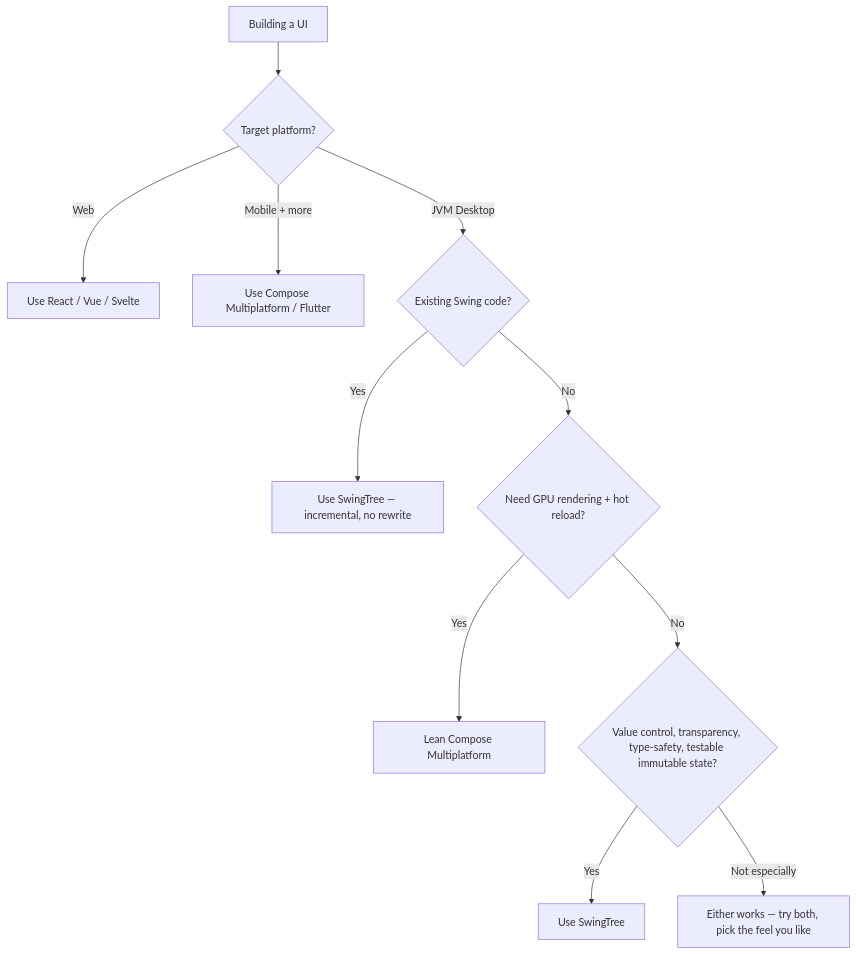
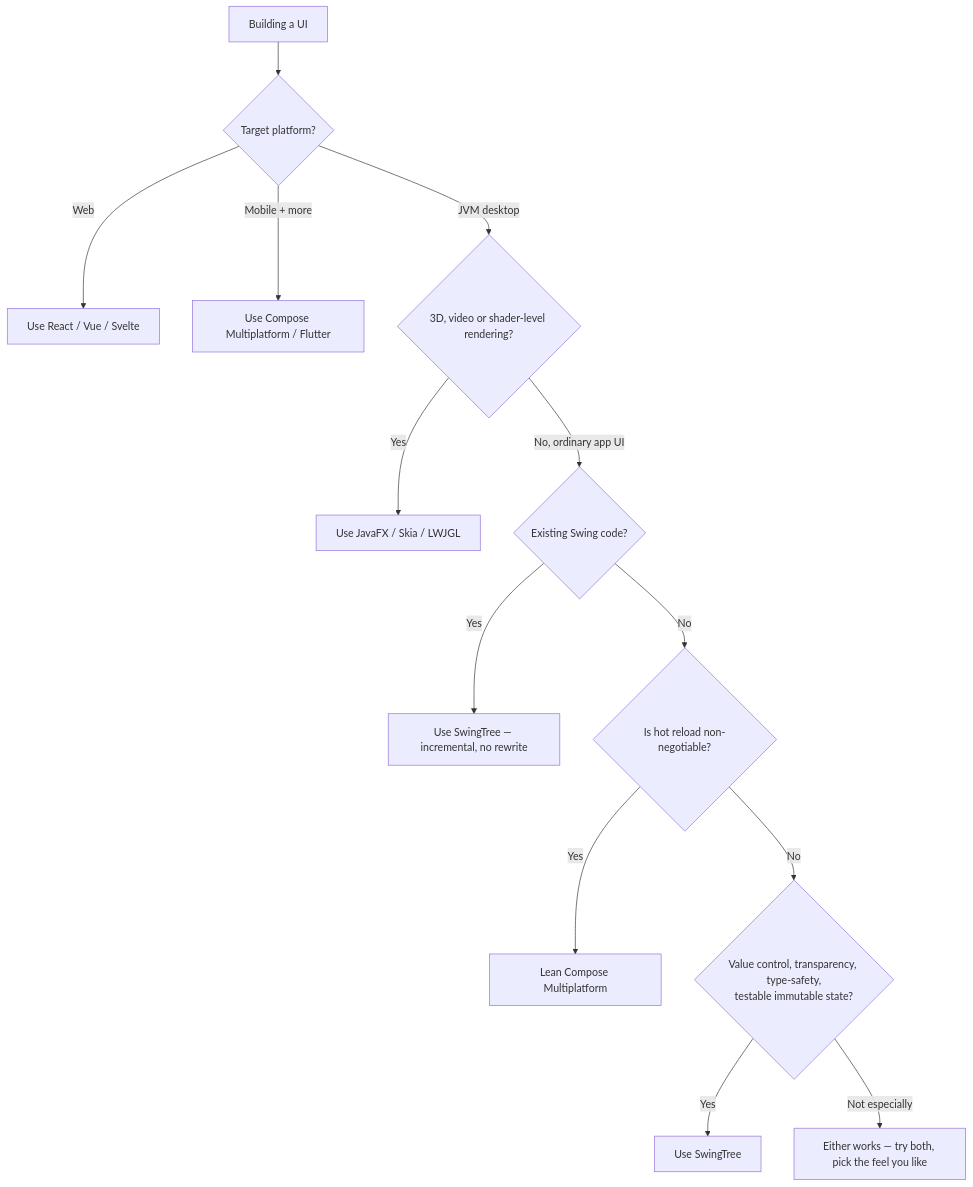
One commit to globaltcad/swing-tree changed the diagram in docs/markdown/Should-I-Use-SwingTree.md. Above: the diagram before and after it, drawn with Mermaid. The commit also changed other lines of this file and 23 other files, not shown here.

````diff
--- a/docs/markdown/Should-I-Use-SwingTree.md
+++ b/docs/markdown/Should-I-Use-SwingTree.md
@@ -218,13 +280,15 @@
 ```mermaid
 graph TD
-    A[Building a UI] --> B{Target platform?}
-    B -- Web --> W[Use React / Vue / Svelte]
-    B -- Mobile + more --> M[Use Compose Multiplatform / Flutter]
-    B -- JVM Desktop --> C{Existing Swing code?}
-    C -- Yes --> ST[Use SwingTree — incremental, no rewrite]
-    C -- No --> D{Need GPU rendering + hot reload?}
-    D -- Yes --> CMP[Lean Compose Multiplatform]
-    D -- No --> E{Value control, transparency, type-safety, testable immutable state?}
-    E -- Yes --> ST2[Use SwingTree]
-    E -- Not especially --> CMP2[Either works — try both, pick the feel you like]
+    A["Building a UI"] --> B{"Target platform?"}
+    B -- "Web" --> W["Use React / Vue / Svelte"]
+    B -- "Mobile + more" --> M["Use Compose Multiplatform / Flutter"]
+    B -- "JVM desktop" --> R{"3D, video or shader-level rendering?"}
+    R -- "Yes" --> GFX["Use JavaFX / Skia / LWJGL"]
+    R -- "No, ordinary app UI" --> C{"Existing Swing code?"}
+    C -- "Yes" --> ST["Use SwingTree — incremental, no rewrite"]
+    C -- "No" --> D{"Is hot reload non-negotiable?"}
+    D -- "Yes" --> CMP["Lean Compose Multiplatform"]
+    D -- "No" --> E{"Value control, transparency, type-safety,<br/>testable immutable state?"}
+    E -- "Yes" --> ST2["Use SwingTree"]
+    E -- "Not especially" --> CMP2["Either works — try both, pick the feel you like"]
 ```
````
